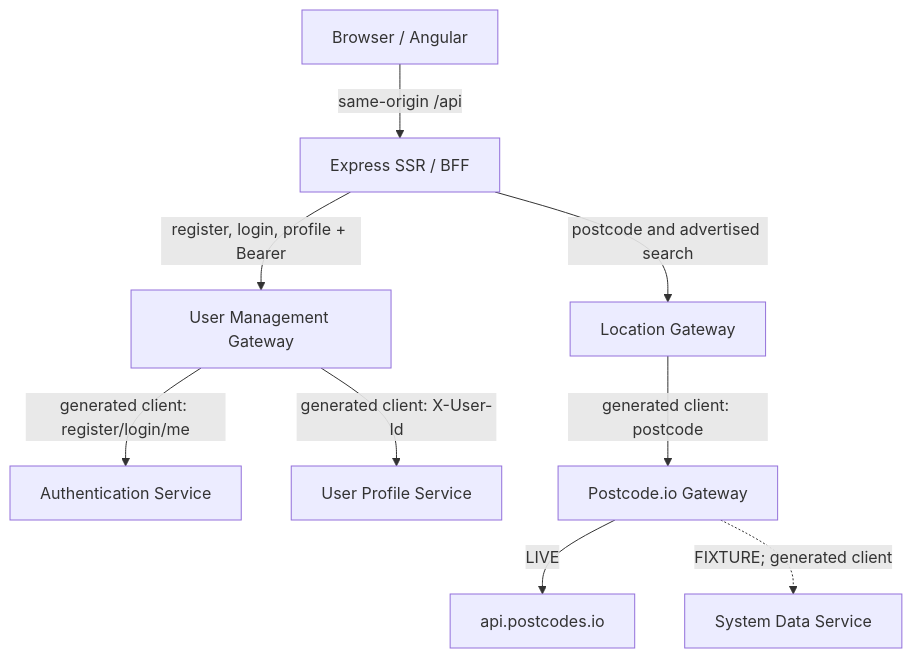
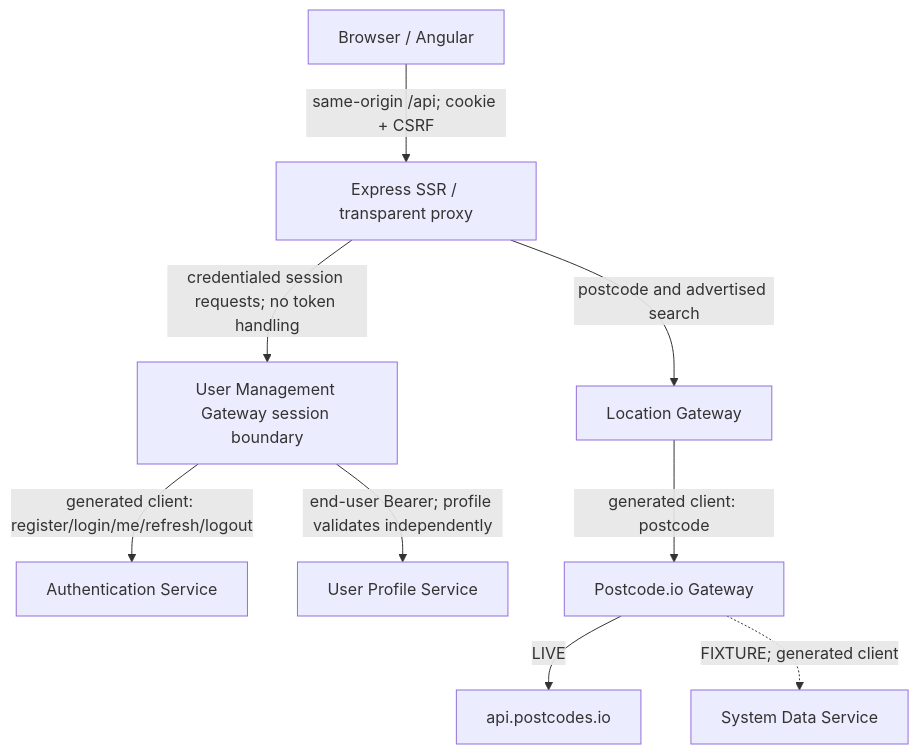
One commit to jobseekercopilot/user-management-gateway changed the diagram in docs/USER_MANAGEMENT_BETA_READINESS.md. Above: the diagram before and after it, drawn with Mermaid. The commit also changed other lines of this file and 38 other files, not shown here.

Commit message:
feat: establish browser session security boundary (#5)

````diff
--- a/docs/USER_MANAGEMENT_BETA_READINESS.md
+++ b/docs/USER_MANAGEMENT_BETA_READINESS.md
@@ -28,11 +28,11 @@
 ```mermaid
 flowchart TD
-    B[Browser / Angular] -->|same-origin /api| S[Express SSR / BFF]
-    S -->|register, login, profile + Bearer| U[User Management Gateway]
-    U -->|generated client: register/login/me| A[Authentication Service]
-    U -->|generated client: X-User-Id| P[User Profile Service]
+    B[Browser / Angular] -->|same-origin /api; cookie + CSRF| S[Express SSR / transparent proxy]
+    S -->|credentialed session requests; no token handling| U[User Management Gateway session boundary]
+    U -->|generated client: register/login/me/refresh/logout| A[Authentication Service]
+    U -->|end-user Bearer; profile validates independently| P[User Profile Service]
     S -->|postcode and advertised search| L[Location Gateway]
     L -->|generated client: postcode| G[Postcode.io Gateway]
     G -->|LIVE| E[api.postcodes.io]
     G -.->|FIXTURE; generated client| D[System Data Service]
 ```
````
